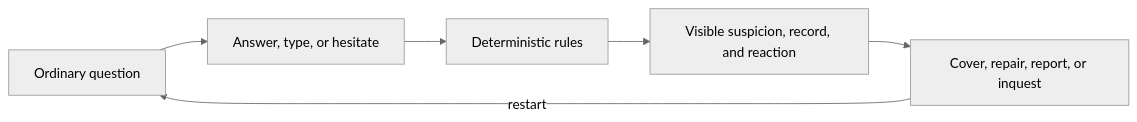
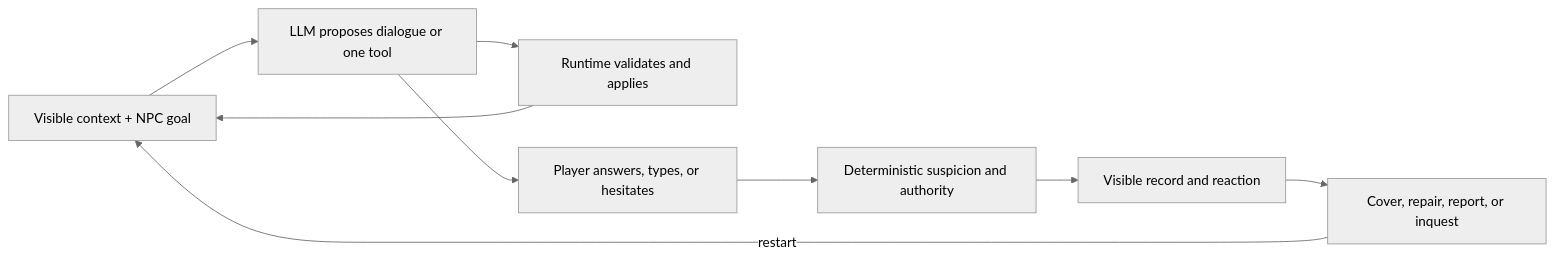
Before and after one commit to gigio1023/dream-of-one: the diagram in README.md, drawn with Mermaid (neutral theme). The commit also changed other lines of this file and 57 other files, not shown here.

````diff
--- a/README.md
+++ b/README.md
@@ -72,8 +88,11 @@
 ```mermaid
 flowchart LR
-    Q["Ordinary question"] --> A["Answer, type, or hesitate"]
-    A --> R["Deterministic rules"]
-    R --> V["Visible suspicion, record, and reaction"]
+    C["Visible context + NPC goal"] --> P["LLM proposes dialogue or one tool"]
+    P --> R["Runtime validates and applies"]
+    R --> C
+    P --> A["Player answers, types, or hesitates"]
+    A --> D["Deterministic suspicion and authority"]
+    D --> V["Visible record and reaction"]
     V --> O["Cover, repair, report, or inquest"]
-    O -->|restart| Q
+    O -->|restart| C
 ```
````
